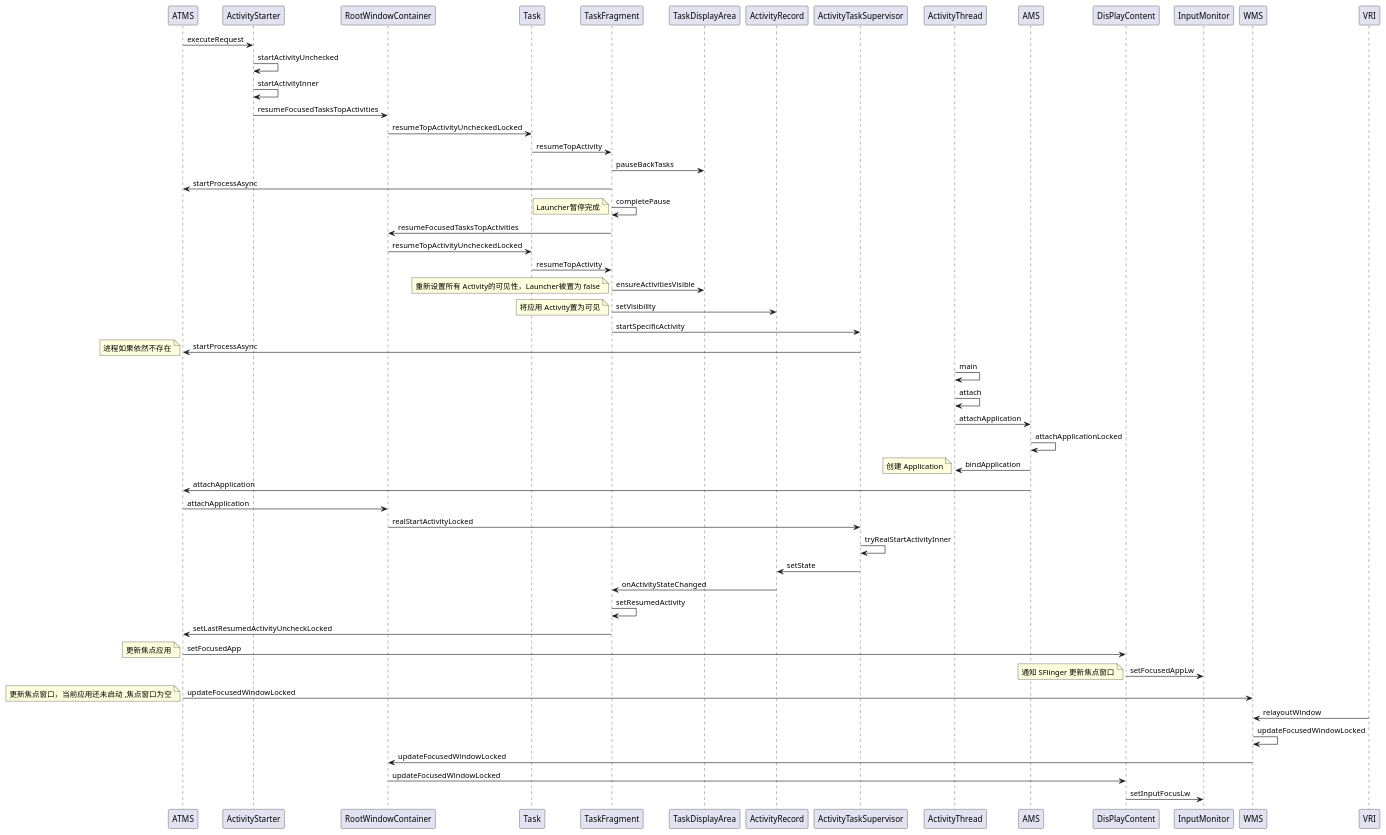
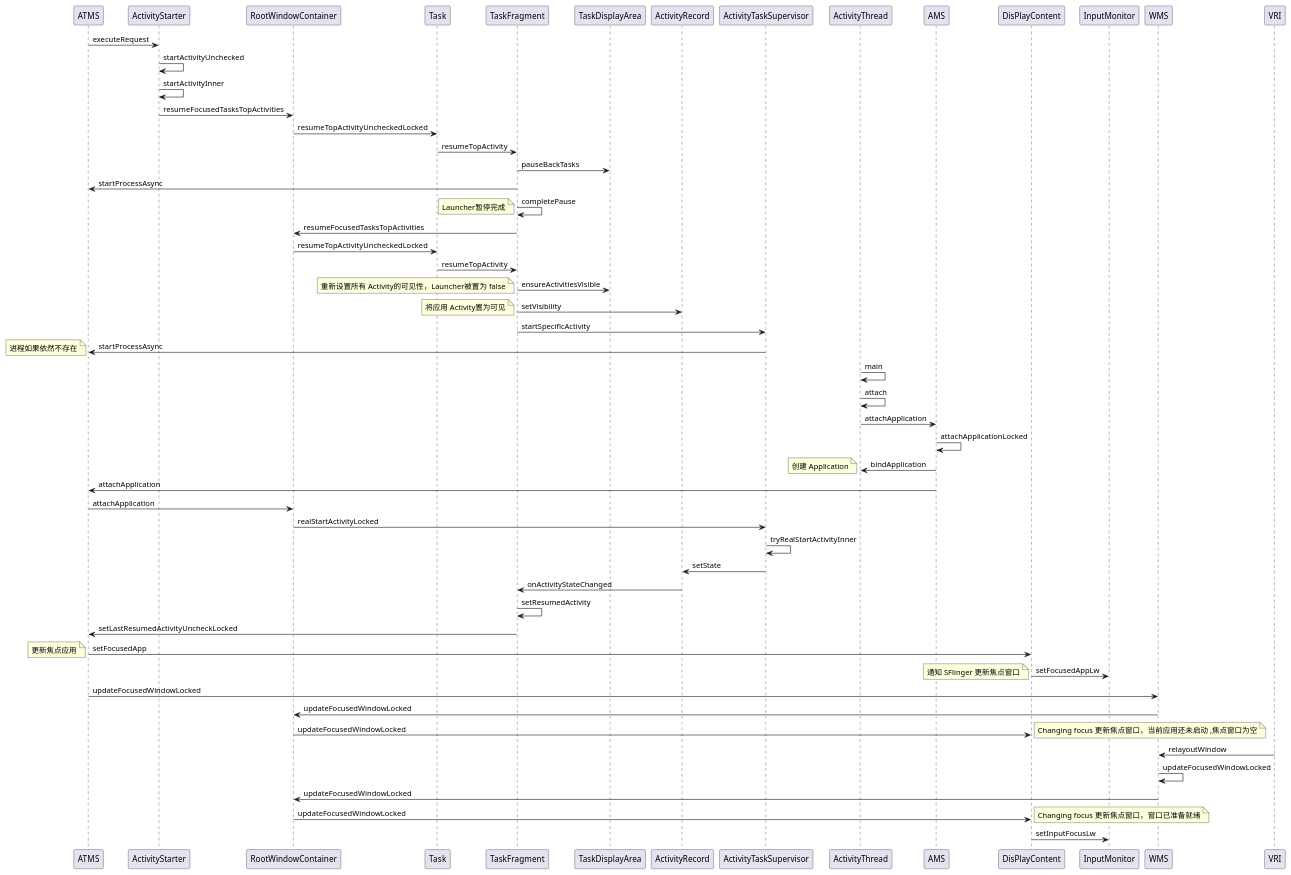
The diagram in framework/Activity启动流程.puml (Ionicliquid/Joeeeee), drawn with PlantUML before and after one commit. The commit also changed 3 other files, not shown here.

```diff
--- a/framework/Activity启动流程.puml
+++ b/framework/Activity启动流程.puml
@@ -1,49 +1,53 @@
 @startuml
 'https://plantuml.com/sequence-diagram
 
 ATMS -> ActivityStarter : executeRequest
 ActivityStarter -> ActivityStarter :startActivityUnchecked
 ActivityStarter -> ActivityStarter:startActivityInner
 ActivityStarter -> RootWindowContainer :resumeFocusedTasksTopActivities
 RootWindowContainer -> Task : resumeTopActivityUncheckedLocked
 Task -> TaskFragment: resumeTopActivity
 TaskFragment -> TaskDisplayArea: pauseBackTasks
 TaskFragment ->ATMS: startProcessAsync
 TaskFragment -> TaskFragment:completePause
 note left : Launcher暂停完成
 TaskFragment -> RootWindowContainer: resumeFocusedTasksTopActivities
 RootWindowContainer -> Task : resumeTopActivityUncheckedLocked
 Task -> TaskFragment: resumeTopActivity
 TaskFragment -> TaskDisplayArea : ensureActivitiesVisible
 note left: 重新设置所有 Activity的可见性，Launcher被置为 false
 TaskFragment -> ActivityRecord : setVisibility
 note left : 将应用 Activity置为可见
 TaskFragment -> ActivityTaskSupervisor:startSpecificActivity
 ActivityTaskSupervisor -> ATMS:startProcessAsync
 note left : 进程如果依然不存在
 ActivityThread -> ActivityThread: main
 ActivityThread -> ActivityThread:attach
 ActivityThread -> AMS: attachApplication
 AMS -> AMS :attachApplicationLocked
 AMS -> ActivityThread: bindApplication
 note left : 创建 Application
 AMS -> ATMS: attachApplication
 ATMS -> RootWindowContainer: attachApplication
 RootWindowContainer -> ActivityTaskSupervisor:realStartActivityLocked
 ActivityTaskSupervisor -> ActivityTaskSupervisor: tryRealStartActivityInner
 ActivityTaskSupervisor -> ActivityRecord: setState
 ActivityRecord -> TaskFragment: onActivityStateChanged
 TaskFragment -> TaskFragment: setResumedActivity
 TaskFragment -> ATMS : setLastResumedActivityUncheckLocked
 ATMS -> DisPlayContent : setFocusedApp
 note left : 更新焦点应用
 DisPlayContent -> InputMonitor:setFocusedAppLw
 note left: 通知 SFlinger 更新焦点窗口
 ATMS -> WMS: updateFocusedWindowLocked
-note left : 更新焦点窗口，当前应用还未启动 ,焦点窗口为空
+WMS -> RootWindowContainer:updateFocusedWindowLocked
+RootWindowContainer -> DisPlayContent: updateFocusedWindowLocked
+note right : Changing focus 更新焦点窗口，当前应用还未启动 ,焦点窗口为空
 VRI ->WMS : relayoutWindow
 WMS -> WMS: updateFocusedWindowLocked
 WMS -> RootWindowContainer: updateFocusedWindowLocked
 RootWindowContainer -> DisPlayContent: updateFocusedWindowLocked
+note right : Changing focus 更新焦点窗口，窗口已准备就绪
+
 DisPlayContent -> InputMonitor: setInputFocusLw
 @enduml
```
